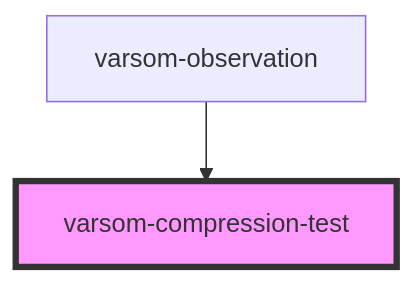
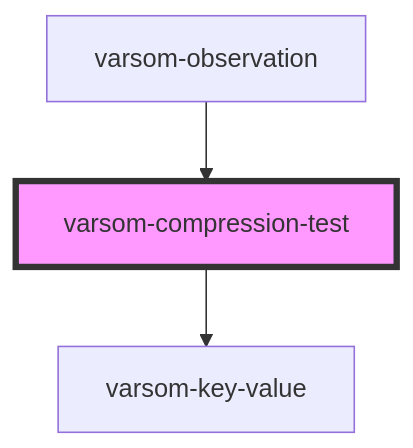
The diagram in observasjonskort/src/components/varsom-compression-test/readme.md (NVE/varsom-observation), drawn with Mermaid before and after one commit. The commit also changed other lines of this file and 5 other files, not shown here.

Commit message:
updatetd compression test component

````diff
--- a/observasjonskort/src/components/varsom-compression-test/readme.md
+++ b/observasjonskort/src/components/varsom-compression-test/readme.md
@@ -38,5 +42,6 @@
 ```mermaid
 graph TD;
+  varsom-compression-test --> varsom-key-value
   varsom-observation --> varsom-compression-test
   style varsom-compression-test fill:#f9f,stroke:#333,stroke-width:4px
 ```
````
